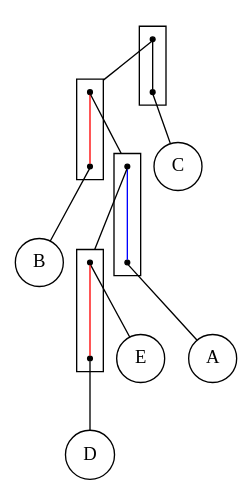
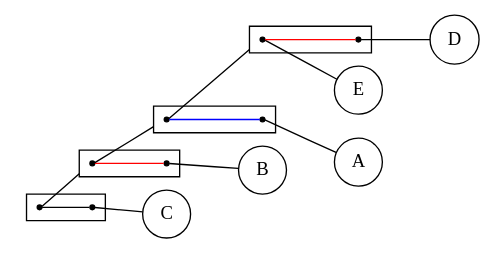
One commit to lrodrin/TFG changed the diagram in src/final/Structure.dot. Above: the diagram before and after it, drawn with Graphviz. The commit also changed 8 other files, not shown here.

```diff
--- a/src/final/Structure.dot
+++ b/src/final/Structure.dot
@@ -1,39 +1,40 @@
 digraph Structure {
 compound=true;
 fontname=Verdana;
 fontsize=12;
+rankdir=LR;
 node [shape=circle];
 C;
 B;
 A;
 E;
 D;
-subgraph cluster_EACDB {
+subgraph cluster_BEACD {
 node [shape=point];
-s_BEDA -> s_C  [color=black, arrowhead=none];
+s_EBDA -> s_C  [color=black, arrowhead=none];
 }
 
-subgraph cluster_BEDA {
+subgraph cluster_EBDA {
 node [shape=point];
 s_EDA -> s_B  [color=red, arrowhead=none];
 }
 
 subgraph cluster_EDA {
 node [shape=point];
 s_ED -> s_A  [color=blue, arrowhead=none];
 }
 
 subgraph cluster_ED {
 node [shape=point];
 s_E -> s_D  [color=red, arrowhead=none];
 }
 
-s_BEDA -> s_EDA  [lhead=cluster_BEDA, arrowhead=none];
+s_EBDA -> s_EDA  [lhead=cluster_EBDA, arrowhead=none];
 s_C -> C  [arrowhead=none];
 s_EDA -> s_ED  [lhead=cluster_EDA, arrowhead=none];
 s_B -> B  [arrowhead=none];
 s_ED -> s_E  [lhead=cluster_ED, arrowhead=none];
 s_A -> A  [arrowhead=none];
 s_E -> E  [arrowhead=none];
 s_D -> D  [arrowhead=none];
 }
```
